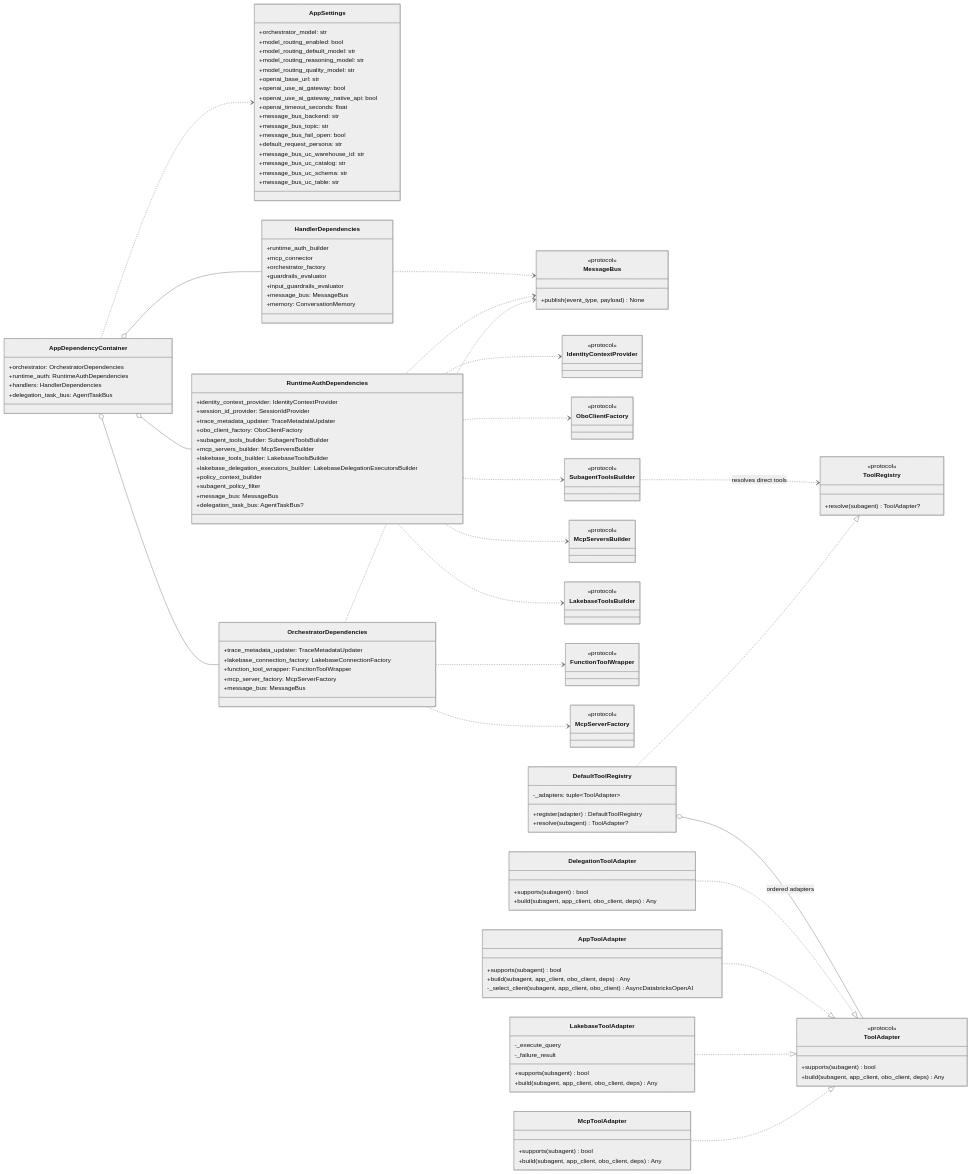
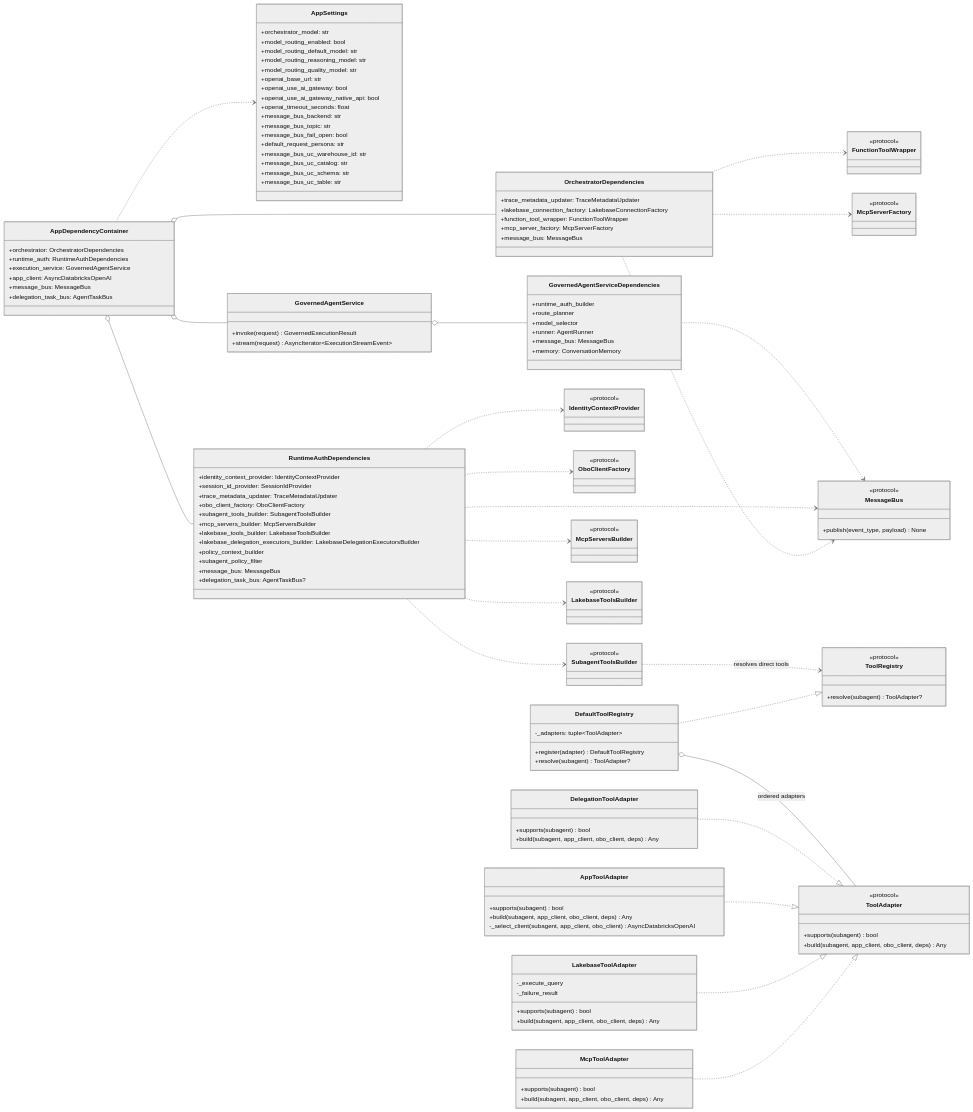
One commit to wchen-dea/Governed-Multi-Agent-Intelligence-on-Databricks changed the second of 6 diagrams in docs/architecture/design-artifacts/08-runtime-domain-model.md. Above: the diagram before and after it, drawn with Mermaid (neutral theme). The commit also changed 67 other files, not shown here.

````diff
--- a/docs/architecture/design-artifacts/08-runtime-domain-model.md
+++ b/docs/architecture/design-artifacts/08-runtime-domain-model.md
@@ -132,7 +132,9 @@
 class AppDependencyContainer {
     +orchestrator: OrchestratorDependencies
     +runtime_auth: RuntimeAuthDependencies
-    +handlers: HandlerDependencies
+    +execution_service: GovernedAgentService
+    +app_client: AsyncDatabricksOpenAI
+    +message_bus: MessageBus
     +delegation_task_bus: AgentTaskBus
 }
 
@@ -159,12 +161,15 @@
     +delegation_task_bus: AgentTaskBus?
 }
 
-class HandlerDependencies {
+class GovernedAgentService {
+    +invoke(request) GovernedExecutionResult
+    +stream(request) AsyncIterator~ExecutionStreamEvent~
+}
+class GovernedAgentServiceDependencies {
     +runtime_auth_builder
-    +mcp_connector
-    +orchestrator_factory
-    +guardrails_evaluator
-    +input_guardrails_evaluator
+    +route_planner
+    +model_selector
+    +runner: AgentRunner
     +message_bus: MessageBus
     +memory: ConversationMemory
 }
@@ -231,7 +236,7 @@
 
 AppDependencyContainer o-- OrchestratorDependencies
 AppDependencyContainer o-- RuntimeAuthDependencies
-AppDependencyContainer o-- HandlerDependencies
+AppDependencyContainer o-- GovernedAgentService
 AppDependencyContainer ..> AppSettings
 
 OrchestratorDependencies ..> MessageBus
@@ -253,5 +258,6 @@
 RuntimeAuthDependencies ..> LakebaseToolsBuilder
 RuntimeAuthDependencies ..> MessageBus
 
-HandlerDependencies ..> MessageBus
+GovernedAgentService o-- GovernedAgentServiceDependencies
+GovernedAgentServiceDependencies ..> MessageBus
 ```
````
